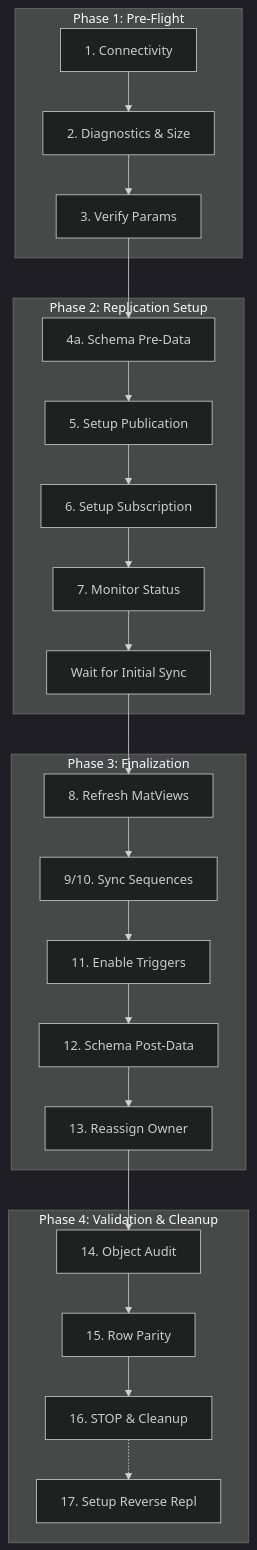
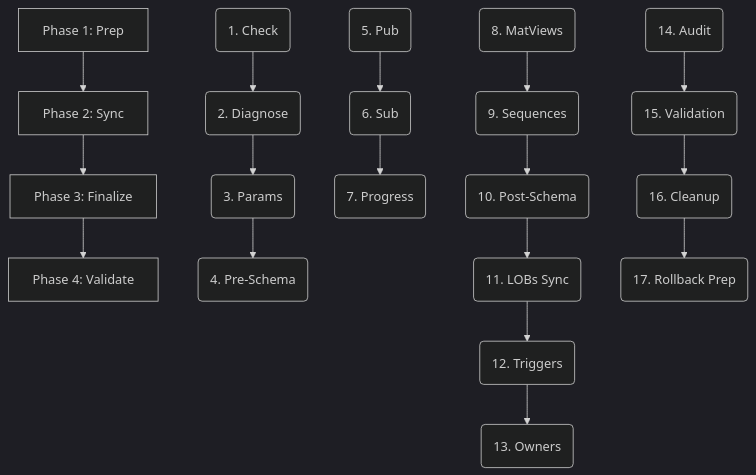
One commit to jmrenouard/pg_logical_migrator changed the diagram in DOCS/WORKFLOW.md. Above: the diagram before and after it, drawn with Mermaid (dark theme). The commit also changed other lines of this file and 16 other files, not shown here.

````diff
--- a/DOCS/WORKFLOW.md
+++ b/DOCS/WORKFLOW.md
@@ -11,30 +37,23 @@
 ```mermaid
 graph TD
-    subgraph "Phase 1: Pre-Flight"
-        S1[1. Connectivity] --> S2[2. Diagnostics & Size]
-        S2 --> S3[3. Verify Params]
-    end
-
-    subgraph "Phase 2: Replication Setup"
-        S3 --> S4a[4a. Schema Pre-Data]
-        S4a --> S5[5. Setup Publication]
-        S5 --> S6[6. Setup Subscription]
-        S6 --> S7[7. Monitor Status]
-        S7 --> WAIT[Wait for Initial Sync]
-    end
-
-    subgraph "Phase 3: Finalization"
-        WAIT --> S8[8. Refresh MatViews]
-        S8 --> S9[9/10. Sync Sequences]
-        S9 --> S11[11. Enable Triggers]
-        S11 --> S12[12. Schema Post-Data]
-        S12 --> S13[13. Reassign Owner]
-    end
-
-    subgraph "Phase 4: Validation & Cleanup"
-        S13 --> S14[14. Object Audit]
-        S14 --> S15[15. Row Parity]
-        S15 --> S16[16. STOP & Cleanup]
-        S16 -.-> S17[17. Setup Reverse Repl]
-    end
+    A[Phase 1: Prep] --> B[Phase 2: Sync]
+    B --> C[Phase 3: Finalize]
+    C --> D[Phase 4: Validate]
+    
+    A1(1. Check) --> A2(2. Diagnose)
+    A2 --> A3(3. Params)
+    A3 --> A4(4. Pre-Schema)
+    
+    B5(5. Pub) --> B6(6. Sub)
+    B6 --> B7(7. Progress)
+    
+    C8(8. MatViews) --> C9(9. Sequences)
+    C9 --> C10(10. Post-Schema)
+    C10 --> C11(11. LOBs Sync)
+    C11 --> C12(12. Triggers)
+    C12 --> C13(13. Owners)
+    
+    D14(14. Audit) --> D15(15. Validation)
+    D15 --> D16(16. Cleanup)
+    D16 --> D17(17. Rollback Prep)
 ```
````
